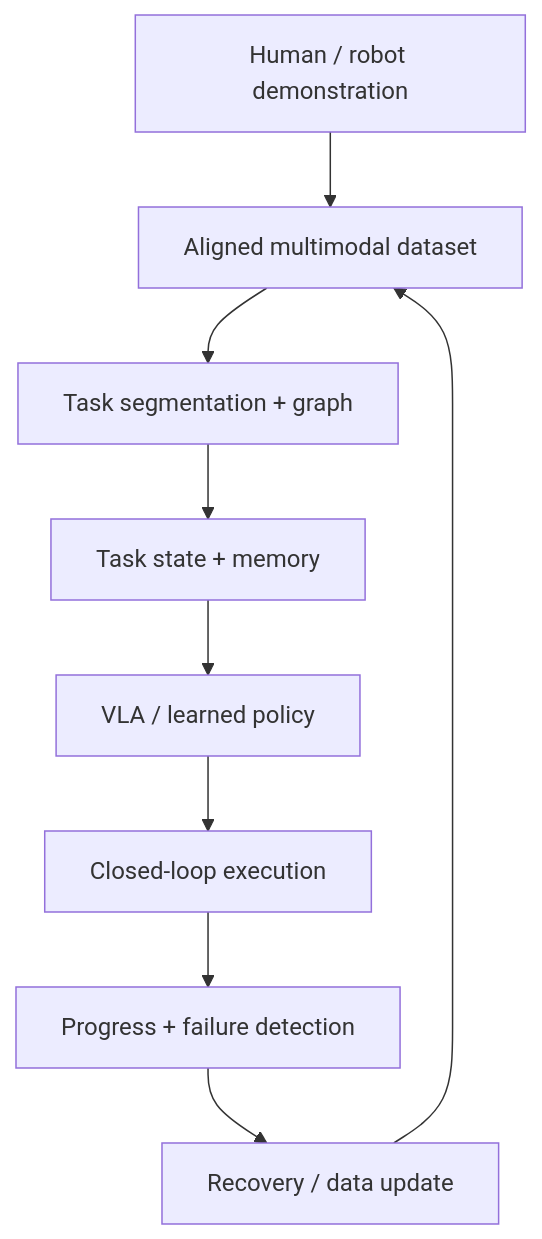
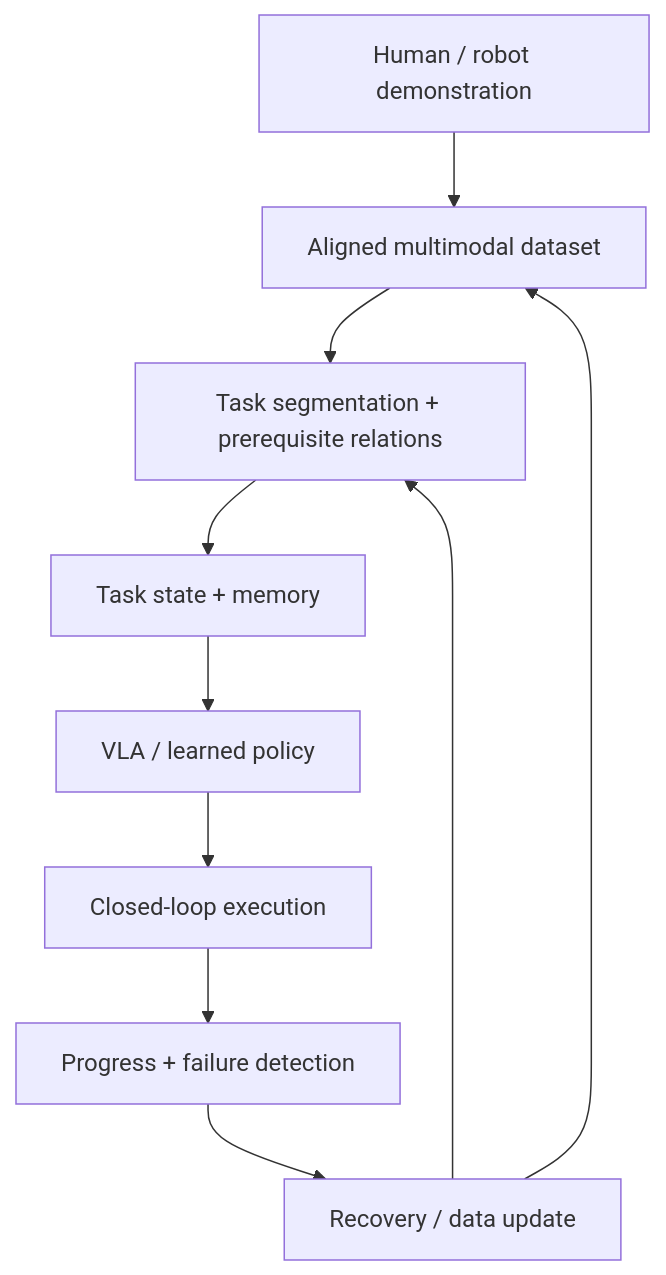
One commit to BowenYuan95/embodied-ai-learning changed the diagram in README.md. Above: the diagram before and after it, drawn with Mermaid. The commit also changed other lines of this file and 2 other files, not shown here.

````diff
--- a/README.md
+++ b/README.md
@@ -41,11 +44,12 @@
 ```mermaid
 flowchart TD
     A["Human / robot demonstration"] --> B["Aligned multimodal dataset"]
-    B --> C["Task segmentation + graph"]
+    B --> C["Task segmentation + prerequisite relations"]
     C --> D["Task state + memory"]
     D --> E["VLA / learned policy"]
     E --> F["Closed-loop execution"]
     F --> G["Progress + failure detection"]
     G --> H["Recovery / data update"]
+    H --> C
     H --> B
 ```
````
